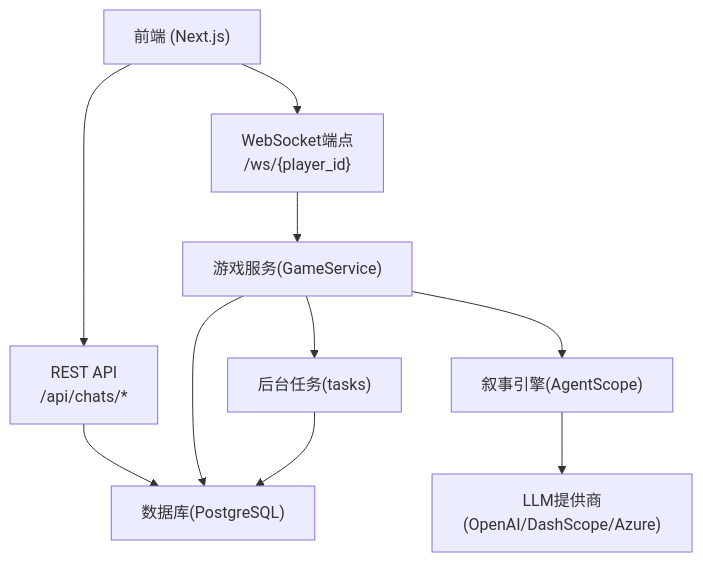
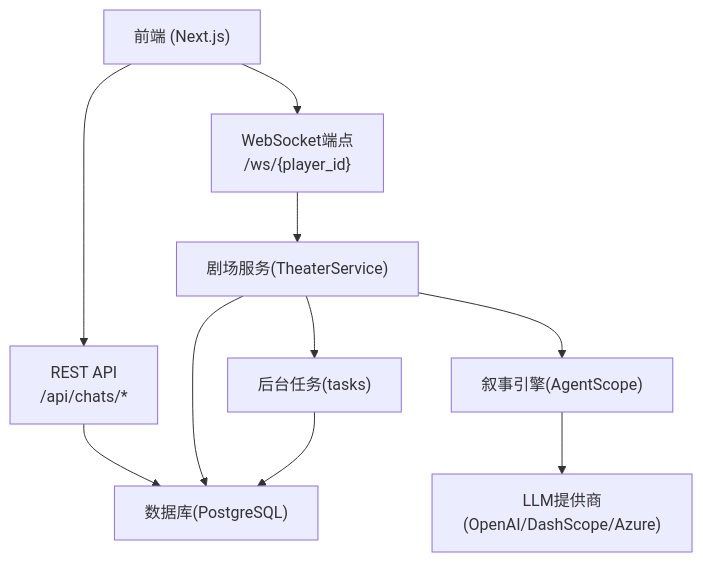
The first of 9 diagrams in .qoder/repowiki/zh/content/后端开发指南/WebSocket通信.md (KunLabAI/KunFlix), drawn with Mermaid before and after one commit. The commit also changed other lines of this file and 112 other files, not shown here.

````diff
--- a/.qoder/repowiki/zh/content/后端开发指南/WebSocket通信.md
+++ b/.qoder/repowiki/zh/content/后端开发指南/WebSocket通信.md
@@ -38,12 +38,12 @@
 ```mermaid
 graph TB
 FE["前端 (Next.js)"] --> WS["WebSocket端点<br/>/ws/{player_id}"]
 FE --> API["REST API<br/>/api/chats/*"]
-WS --> SVC["游戏服务(GameService)"]
+WS --> SVC["剧场服务(TheaterService)"]
 API --> DB["数据库(PostgreSQL)"]
 SVC --> DB
 SVC --> AG["叙事引擎(AgentScope)"]
 AG --> LLM["LLM提供商(OpenAI/DashScope/Azure)"]
 SVC --> T["后台任务(tasks)"]
 T --> DB
 ```
````
